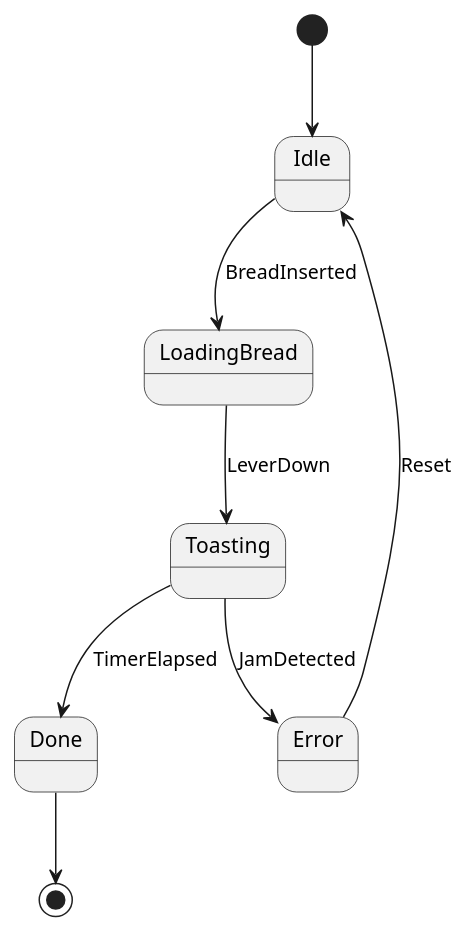
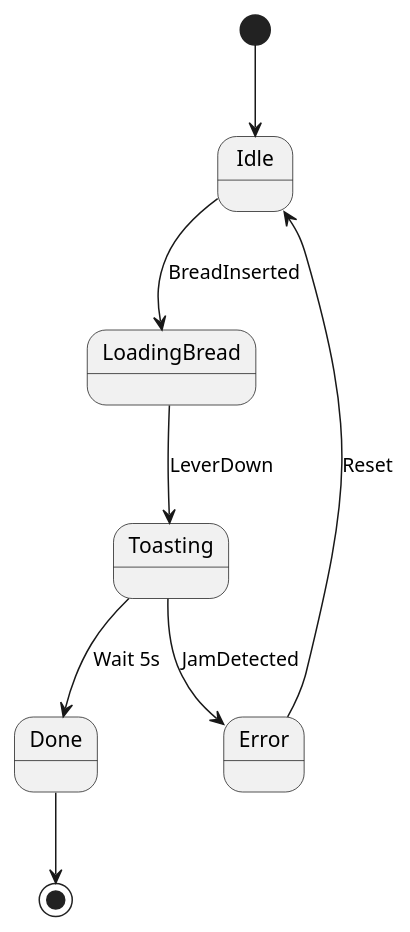
One commit to phamnhatha090805/Final_Assignment_Process_Safety changed the diagram in src/chapter_2.md. Above: the diagram before and after it, drawn with PlantUML. The commit also changed 3 other files, not shown here.

````diff
--- a/src/chapter_2.md
+++ b/src/chapter_2.md
@@ -2,11 +2,11 @@
 ```plantuml
 @startuml
 [*] --> Idle
 Idle --> LoadingBread : BreadInserted
 LoadingBread --> Toasting : LeverDown
-Toasting --> Done : TimerElapsed
+Toasting --> Done : Wait 5s
 Toasting --> Error : JamDetected
 Error --> Idle : Reset
 Done --> [*]
 @enduml
 ```
````
